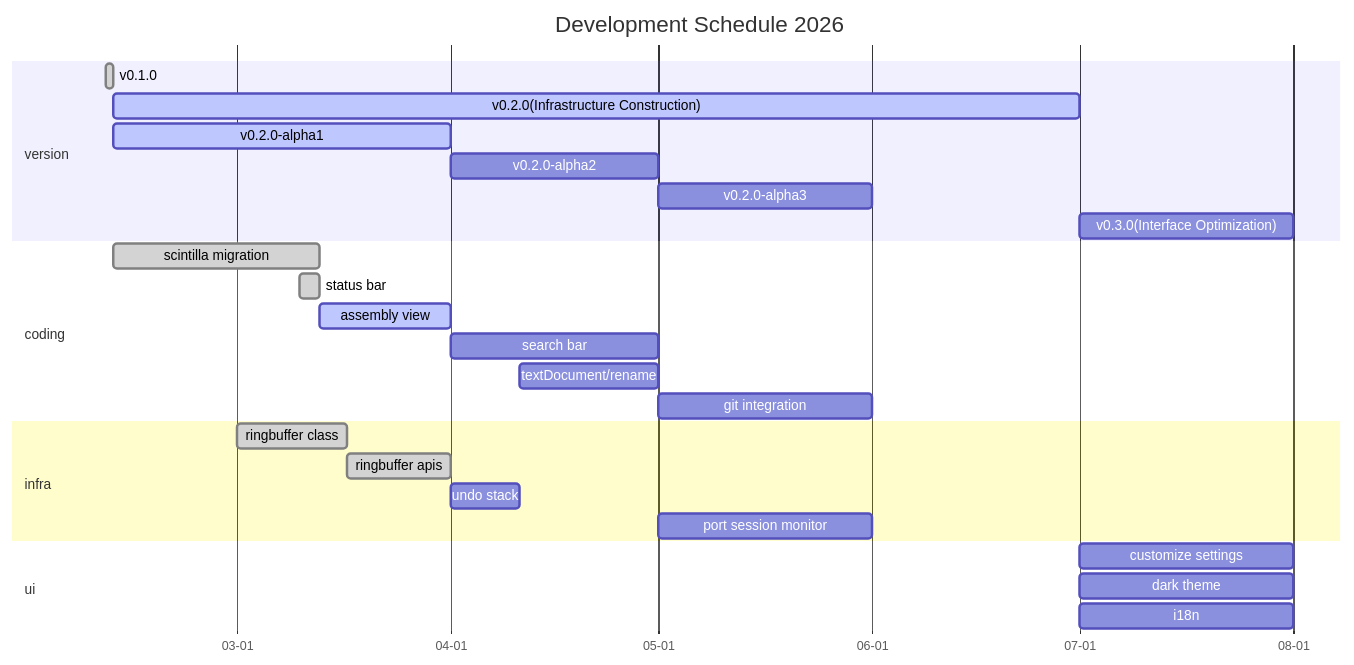
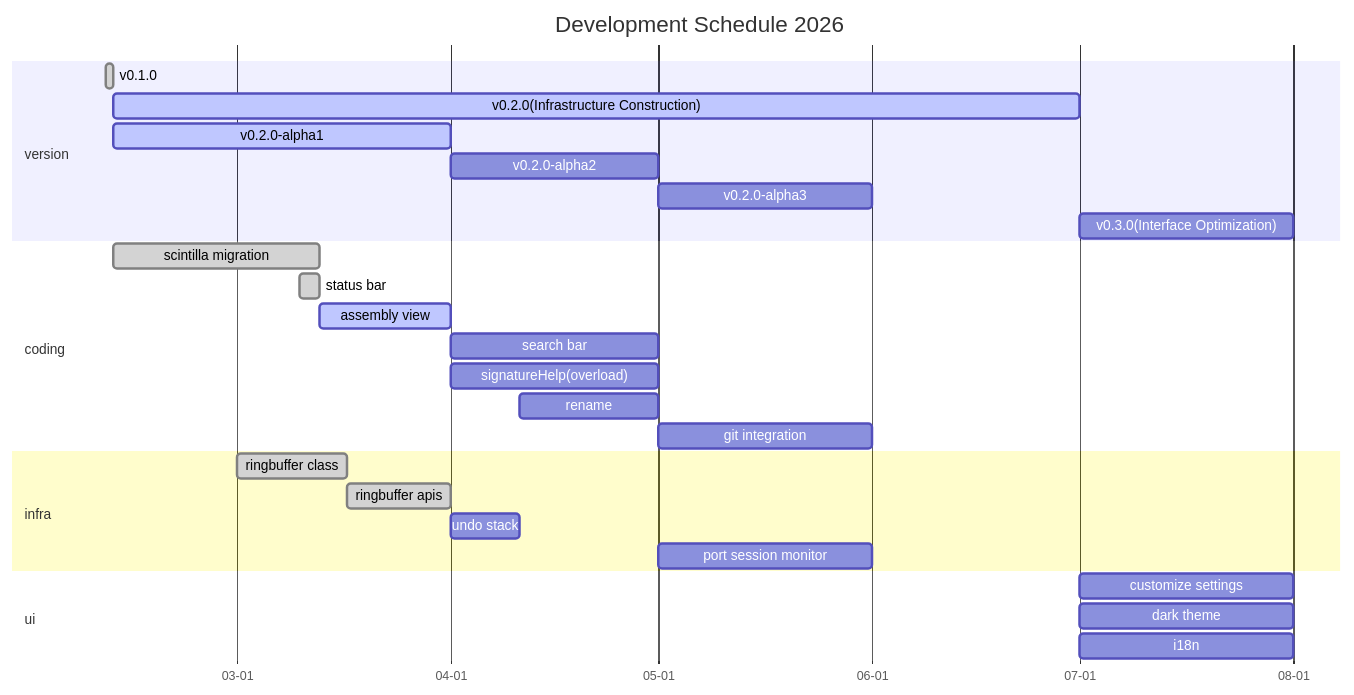
Before and after one commit to zyt20001205/UniComm2: the second of 3 diagrams in readme.md, drawn with Mermaid.

Commit message:
signature help needs overload support!

````diff
--- a/readme.md
+++ b/readme.md
@@ -79,34 +79,35 @@
 ```mermaid
 gantt
     title Development Schedule 2026
     dateFormat MM-DD
     axisFormat %m-%d
     tickInterval 1month
 
     section version
         v0.1.0: done, 02-10, 1d
         v0.2.0(Infrastructure Construction): active, 02-11, 140d
         v0.2.0-alpha1: active, 02-11, 49d
         v0.2.0-alpha2: 04-01, 30d
         v0.2.0-alpha3: 05-01, 31d
         v0.3.0(Interface Optimization): 07-01, 31d
 
     section coding
         scintilla migration: done, 02-11, 30d
         status bar: done, 03-10, 3d
         assembly view: active, 03-13, 19d
         search bar: 04-01, 30d
-        textDocument/rename: 04-11, 20d
+        signatureHelp(overload): 04-01, 30d
+        rename: 04-11, 20d
         git integration: 05-01, 31d
 
     section infra
         ringbuffer class: done, 03-01, 16d
         ringbuffer apis: done, 03-17, 15d
         undo stack: 04-01, 10d
         port session monitor: 05-01, 31d
 
     section ui
         customize settings: 07-01, 31d
         dark theme: 07-01, 31d
         i18n: 07-01, 31d
 ```
````
